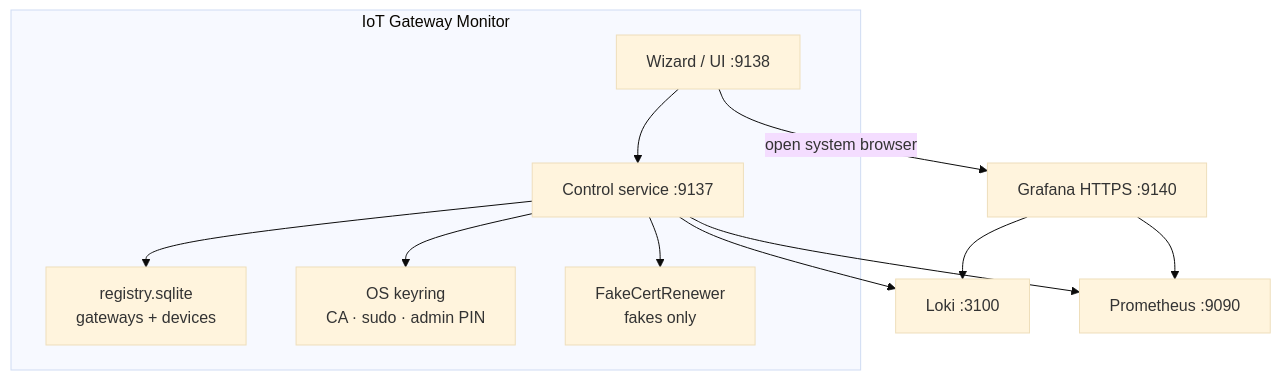
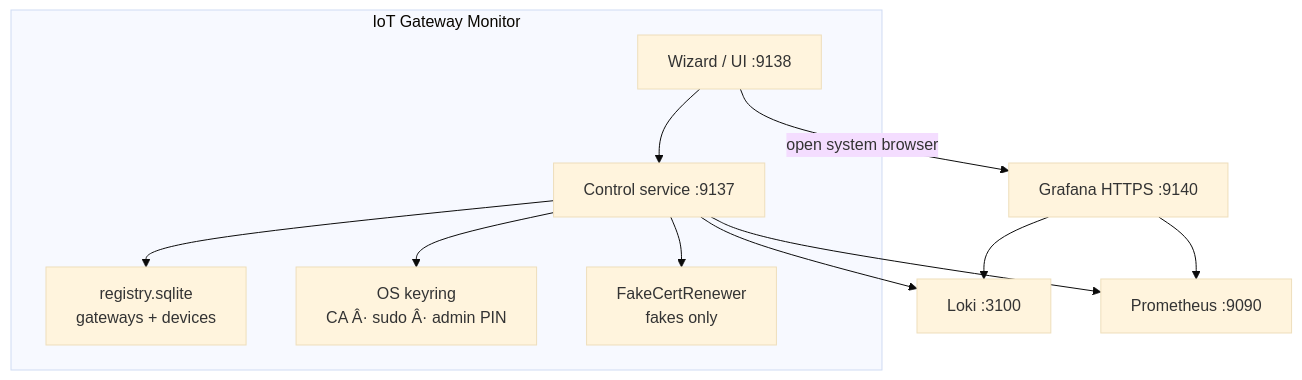
One commit to ngmibach/iot-gateway changed the second of 8 diagrams in docs/architecture.md. Above: the diagram before and after it, drawn with Mermaid (base theme). The commit also changed other lines of this file and 5 other files, not shown here.

````diff
--- a/docs/architecture.md
+++ b/docs/architecture.md
@@ -45,24 +45,24 @@
 ```mermaid
 flowchart TB
   subgraph Desktop["IoT Gateway Monitor"]
     WIZ["Wizard / UI :9138"]
     CTRL["Control service :9137"]
     REG["registry.sqlite\ngateways + devices"]
-    KEY["OS keyring\nCA · sudo · admin PIN"]
+    KEY["OS keyring\nCA Â· sudo Â· admin PIN"]
     RENEW["FakeCertRenewer\nfakes only"]
   end
 
   LOKI["Loki :3100"]
   PROM["Prometheus :9090"]
   GRAF["Grafana HTTPS :9140"]
 
   WIZ --> CTRL
   CTRL --> REG
   CTRL --> KEY
   CTRL --> RENEW
   CTRL --> LOKI
   CTRL --> PROM
   WIZ -->|"open system browser"| GRAF
   GRAF --> LOKI
   GRAF --> PROM
 ```
````
